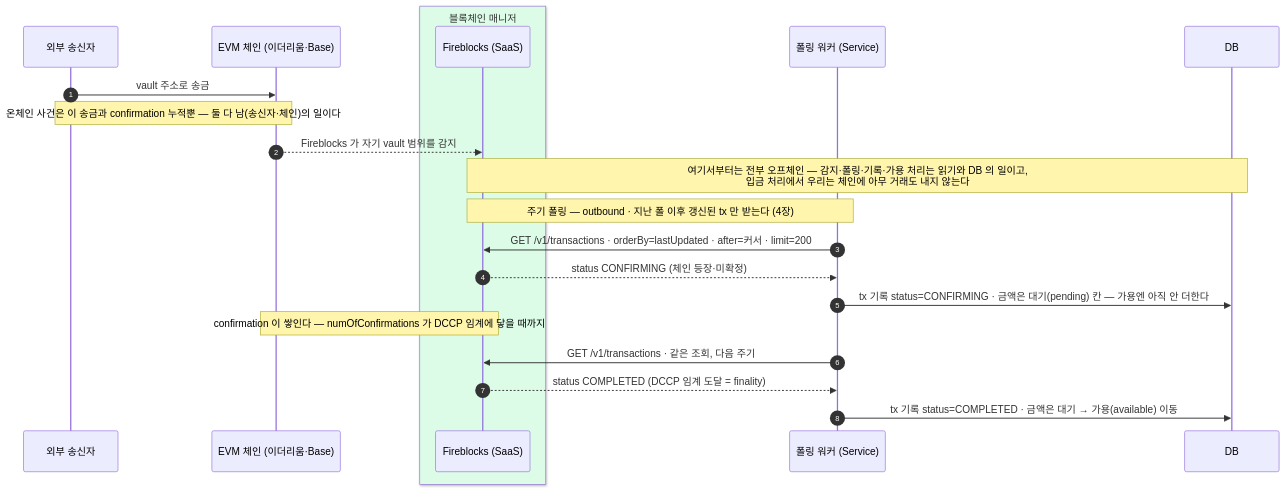
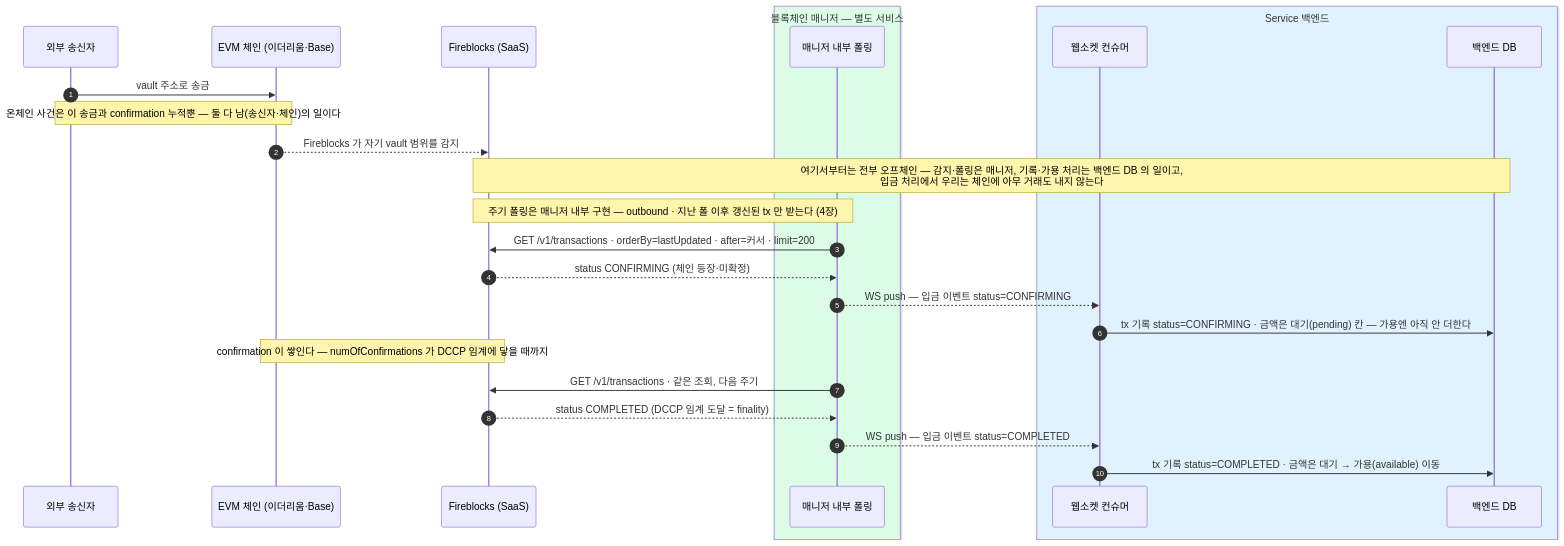
Before and after one commit to eunsujeo/eunpus: the first of 2 diagrams in blockchain-manager/docs/설계/05-deposit.md, drawn with Mermaid. The commit also changed other lines of this file and 10 other files, not shown here.

First line of the commit message:
칸반 문서: 아키텍처 경계 전면 전환 — 포트/어댑터 → 매니저 API + 웹소켓

````diff
--- a/blockchain-manager/docs/설계/05-deposit.md
+++ b/blockchain-manager/docs/설계/05-deposit.md
@@ -12,24 +12,29 @@
 ```mermaid
 sequenceDiagram
     autonumber
     participant EXT as 외부 송신자
     participant CH as EVM 체인 (이더리움·Base)
-    box rgb(220,252,231) 블록체인 매니저
     participant FB as Fireblocks (SaaS)
+    box rgb(220,252,231) 블록체인 매니저 — 별도 서비스
+    participant BM as 매니저 내부 폴링
     end
-    participant POLL as 폴링 워커 (Service)
-    participant DB as DB
+    box rgb(224,242,254) Service 백엔드
+    participant WSC as 웹소켓 컨슈머
+    participant DB as 백엔드 DB
+    end
 
     EXT->>CH: vault 주소로 송금
     Note over EXT,CH: 온체인 사건은 이 송금과 confirmation 누적뿐 — 둘 다 남(송신자·체인)의 일이다
     CH-->>FB: Fireblocks 가 자기 vault 범위를 감지
-    Note over FB,DB: 여기서부터는 전부 오프체인 — 감지·폴링·기록·가용 처리는 읽기와 DB 의 일이고,<br/>입금 처리에서 우리는 체인에 아무 거래도 내지 않는다
-    Note over POLL,FB: 주기 폴링 — outbound · 지난 폴 이후 갱신된 tx 만 받는다 (4장)
-    POLL->>FB: GET /v1/transactions · orderBy=lastUpdated · after=커서 · limit=200
-    FB-->>POLL: status CONFIRMING (체인 등장·미확정)
-    POLL->>DB: tx 기록 status=CONFIRMING · 금액은 대기(pending) 칸 — 가용엔 아직 안 더한다
+    Note over FB,DB: 여기서부터는 전부 오프체인 — 감지·폴링은 매니저, 기록·가용 처리는 백엔드 DB 의 일이고,<br/>입금 처리에서 우리는 체인에 아무 거래도 내지 않는다
+    Note over BM,FB: 주기 폴링은 매니저 내부 구현 — outbound · 지난 폴 이후 갱신된 tx 만 받는다 (4장)
+    BM->>FB: GET /v1/transactions · orderBy=lastUpdated · after=커서 · limit=200
+    FB-->>BM: status CONFIRMING (체인 등장·미확정)
+    BM-->>WSC: WS push — 입금 이벤트 status=CONFIRMING
+    WSC->>DB: tx 기록 status=CONFIRMING · 금액은 대기(pending) 칸 — 가용엔 아직 안 더한다
     Note over CH,FB: confirmation 이 쌓인다 — numOfConfirmations 가 DCCP 임계에 닿을 때까지
-    POLL->>FB: GET /v1/transactions · 같은 조회, 다음 주기
-    FB-->>POLL: status COMPLETED (DCCP 임계 도달 = finality)
-    POLL->>DB: tx 기록 status=COMPLETED · 금액은 대기 → 가용(available) 이동
+    BM->>FB: GET /v1/transactions · 같은 조회, 다음 주기
+    FB-->>BM: status COMPLETED (DCCP 임계 도달 = finality)
+    BM-->>WSC: WS push — 입금 이벤트 status=COMPLETED
+    WSC->>DB: tx 기록 status=COMPLETED · 금액은 대기 → 가용(available) 이동
 ```
````
